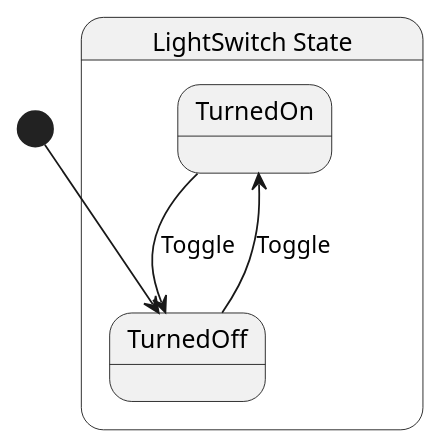
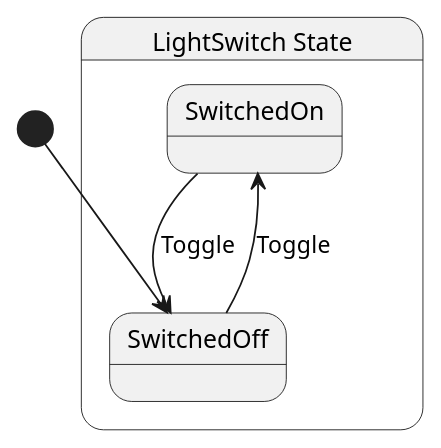
Before and after one commit to chickensoft-games/LogicBlocks: the diagram in Chickensoft.LogicBlocks.Generator.Tests/test_cases/LightSwitch.g.puml, drawn with PlantUML. The commit also changed 4 other files, not shown here.

```diff
--- a/Chickensoft.LogicBlocks.Generator.Tests/test_cases/LightSwitch.g.puml
+++ b/Chickensoft.LogicBlocks.Generator.Tests/test_cases/LightSwitch.g.puml
@@ -1,11 +1,11 @@
 @startuml LightSwitch
 state "LightSwitch State" as Chickensoft_LogicBlocks_Generator_Tests_LightSwitch_State {
-  state "TurnedOn" as Chickensoft_LogicBlocks_Generator_Tests_LightSwitch_State_TurnedOn
-  state "TurnedOff" as Chickensoft_LogicBlocks_Generator_Tests_LightSwitch_State_TurnedOff
+  state "SwitchedOn" as Chickensoft_LogicBlocks_Generator_Tests_LightSwitch_State_SwitchedOn
+  state "SwitchedOff" as Chickensoft_LogicBlocks_Generator_Tests_LightSwitch_State_SwitchedOff
 }
 
-Chickensoft_LogicBlocks_Generator_Tests_LightSwitch_State_TurnedOff --> Chickensoft_LogicBlocks_Generator_Tests_LightSwitch_State_TurnedOn : Toggle
-Chickensoft_LogicBlocks_Generator_Tests_LightSwitch_State_TurnedOn --> Chickensoft_LogicBlocks_Generator_Tests_LightSwitch_State_TurnedOff : Toggle
+Chickensoft_LogicBlocks_Generator_Tests_LightSwitch_State_SwitchedOff --> Chickensoft_LogicBlocks_Generator_Tests_LightSwitch_State_SwitchedOn : Toggle
+Chickensoft_LogicBlocks_Generator_Tests_LightSwitch_State_SwitchedOn --> Chickensoft_LogicBlocks_Generator_Tests_LightSwitch_State_SwitchedOff : Toggle
 
-[*] --> Chickensoft_LogicBlocks_Generator_Tests_LightSwitch_State_TurnedOff
+[*] --> Chickensoft_LogicBlocks_Generator_Tests_LightSwitch_State_SwitchedOff
 @enduml
```
